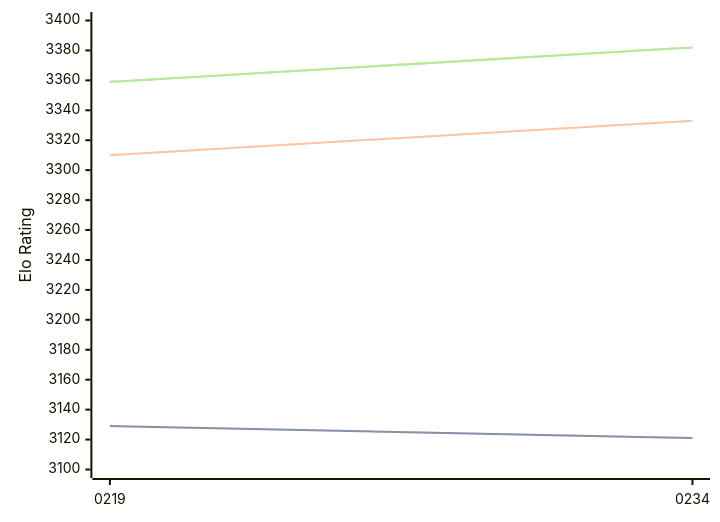
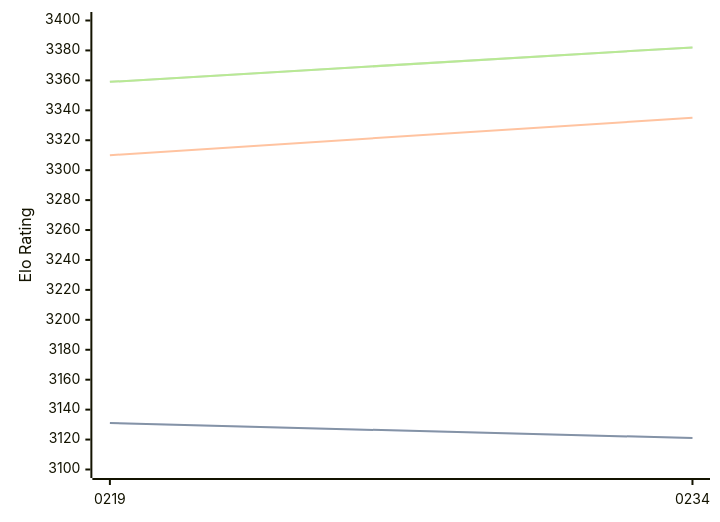
The diagram in engines/Ynode.md (computer-chess-index/cci), drawn with Mermaid before and after one commit. The commit also changed other lines of this file, not shown here.

````diff
--- a/engines/Ynode.md
+++ b/engines/Ynode.md
@@ -39,11 +39,11 @@
 ```mermaid
 %%{init: {"theme":"base","themeVariables":{"seriesColors:['#a3a3a3','#222221','#faa371']}}}%%
 xychart-beta
   x-axis ["0219", "0234"]
   y-axis "Elo Rating" 3100 --> 3400
-  line "STC (8.0+0.08s)" [3129, 3121]
-  line "STC (8.0+0.08s)" [3129, 3121]
-  line "LTC (60.0+0.60s)" [3310, 3333]
+  line "STC (8.0+0.08s)" [3131, 3121]
+  line "STC (8.0+0.08s)" [3131, 3121]
+  line "LTC (60.0+0.60s)" [3310, 3335]
   line "VLTC (2m24s+1.12s)" [3359, 3382]
   line "VLTC (2m24s+1.12s)" [3359, 3382]
 ```
````
